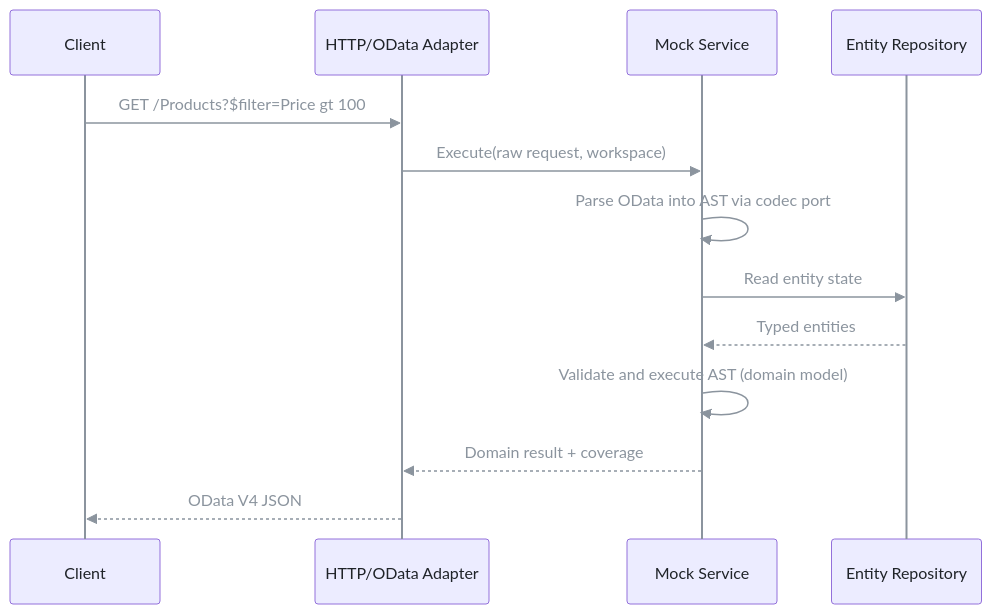
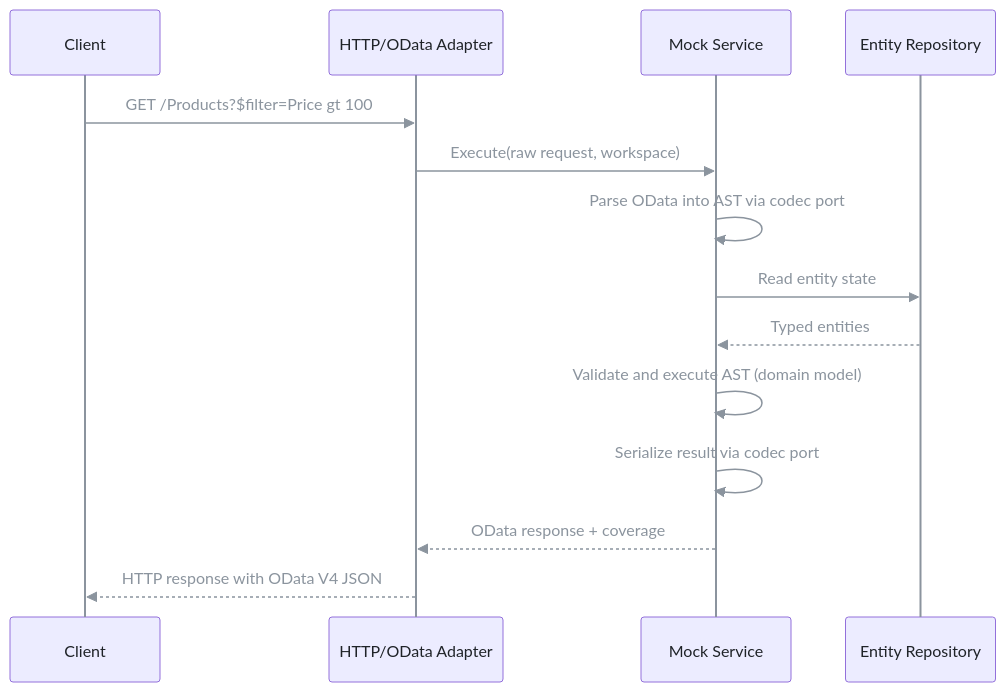
One commit to pt9912/odata-recorder changed the fifth of 11 diagrams in spec/architecture.md. Above: the diagram before and after it, drawn with Mermaid. The commit also changed other lines of this file and 3 other files, not shown here.

````diff
--- a/spec/architecture.md
+++ b/spec/architecture.md
@@ -310,16 +315,17 @@
 ```mermaid
 %%{init: {'themeVariables': {'lineColor': '#8b949e', 'signalColor': '#8b949e', 'signalTextColor': '#8b949e', 'actorLineColor': '#8b949e', 'loopTextColor': '#8b949e', 'textColor': '#c9d1d9', 'primaryTextColor': '#1f2328', 'nodeTextColor': '#1f2328', 'actorTextColor': '#1f2328', 'noteTextColor': '#1f2328', 'edgeLabelBackground': '#30363d'}}}%%
 sequenceDiagram
     participant C as Client
     participant H as HTTP/OData Adapter
     participant M as Mock Service
     participant E as Entity Repository
     C->>H: GET /Products?$filter=Price gt 100
     H->>M: Execute(raw request, workspace)
     M->>M: Parse OData into AST via codec port
     M->>E: Read entity state
     E-->>M: Typed entities
     M->>M: Validate and execute AST (domain model)
-    M-->>H: Domain result + coverage
-    H-->>C: OData V4 JSON
+    M->>M: Serialize result via codec port
+    M-->>H: OData response + coverage
+    H-->>C: HTTP response with OData V4 JSON
 ```
````
